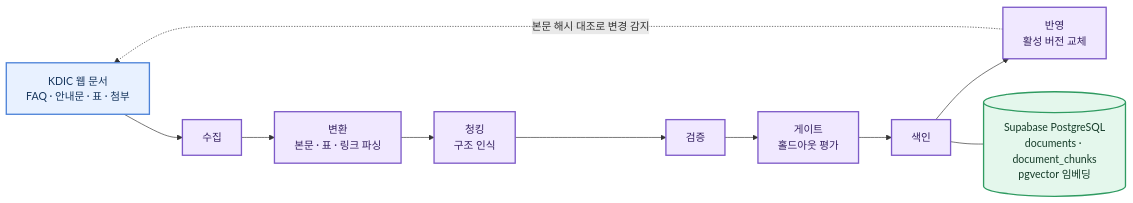
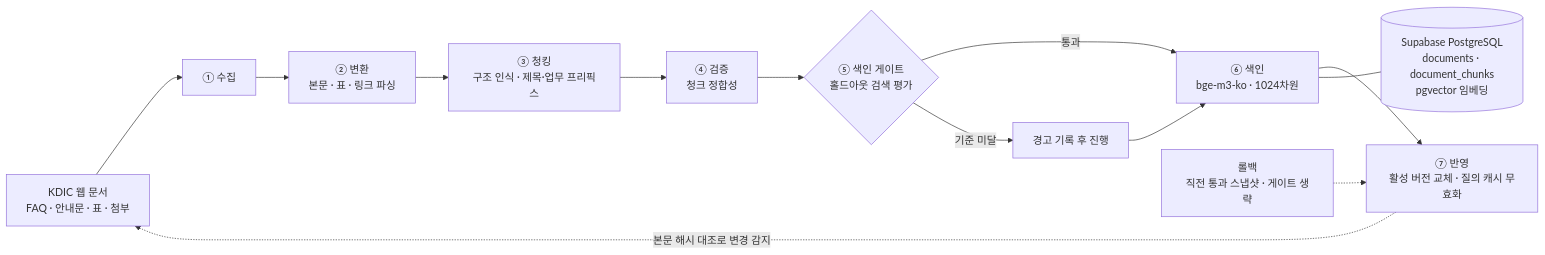
One commit to likelion-8/.github changed the second of 3 diagrams in profile/README.md. Above: the diagram before and after it, drawn with Mermaid. The commit also changed other lines of this file, not shown here.

First line of the commit message:
Update flowchart diagrams in README.md

````diff
--- a/profile/README.md
+++ b/profile/README.md
@@ -93,23 +92,18 @@
 ```mermaid
 flowchart LR
     W[KDIC 웹 문서<br/>FAQ · 안내문 · 표 · 첨부]
-    W --> S1[수집]
-    S1 --> S2[변환<br/>본문 · 표 · 링크 파싱]
-    S2 --> S3[청킹<br/>구조 인식]
-    S3 --> S4[검증]
-    S4 --> S5[게이트<br/>홀드아웃 평가]
-    S5 --> S6[색인]
-    S6 --> S7[반영<br/>활성 버전 교체]
+    W --> S1[① 수집]
+    S1 --> S2[② 변환<br/>본문 · 표 · 링크 파싱]
+    S2 --> S3[③ 청킹<br/>구조 인식 · 제목·업무 프리픽스]
+    S3 --> S4[④ 검증<br/>청크 정합성]
+    S4 --> S5{⑤ 색인 게이트<br/>홀드아웃 검색 평가}
+    S5 -->|통과| S6[⑥ 색인<br/>bge-m3-ko · 1024차원]
+    S5 -->|기준 미달| WN[경고 기록 후 진행]
+    WN --> S6
+    S6 --> S7[⑦ 반영<br/>활성 버전 교체 · 질의 캐시 무효화]
     S7 -. 본문 해시 대조로 변경 감지 .-> W
+    RB[롤백<br/>직전 통과 스냅샷 · 게이트 생략] -.-> S7
 
     DB[(Supabase PostgreSQL<br/>documents · document_chunks<br/>pgvector 임베딩)]
     S6 --- DB
-
-    classDef source fill:#E8F1FF,stroke:#4C82D8,color:#17365D,stroke-width:2px;
-    classDef step fill:#F0E8FF,stroke:#7D5AC8,color:#34205F,stroke-width:2px;
-    classDef store fill:#E4F7EC,stroke:#2F9B61,color:#163C29,stroke-width:2px;
-
-    class W source;
-    class S1,S2,S3,S4,S5,S6,S7 step;
-    class DB store;
 ```
````
